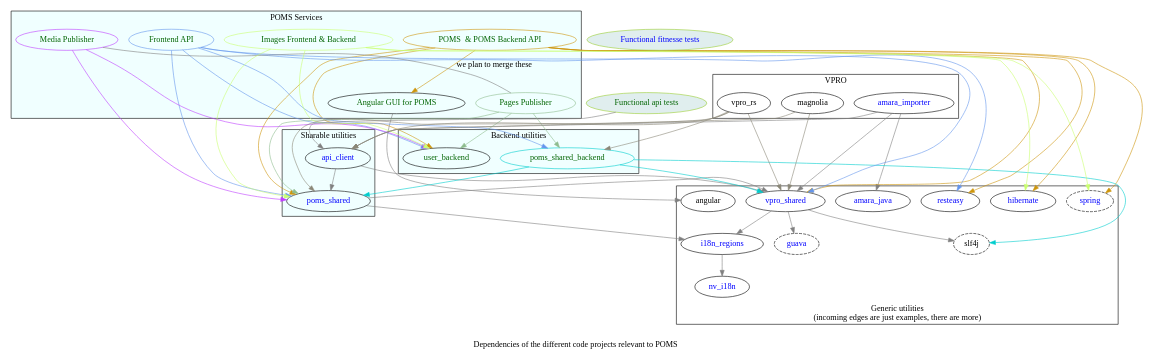
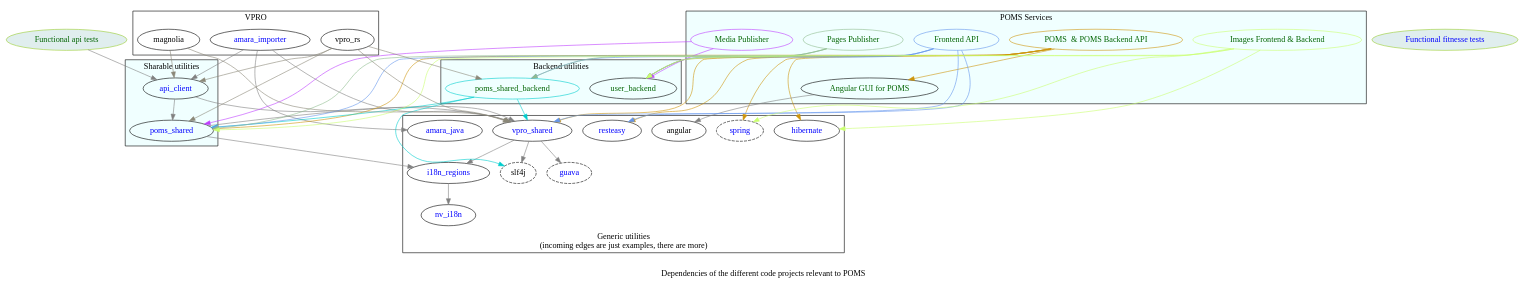
Before and after one commit to npo-poms/poms-parent: the diagram in poms-dependencies.dot, drawn with Graphviz. The commit also changed 2 other files, not shown here.

Commit message:
we don't plan that any more.

```diff
--- a/poms-dependencies.dot
+++ b/poms-dependencies.dot
@@ -209,8 +209,6 @@
     #poms_shared_backend
     }[color=darkorchid1]
 
-    media_publish -> pages_publish[label="we plan to merge these" dir=none]
-
 
 
   api_client -> {
```
